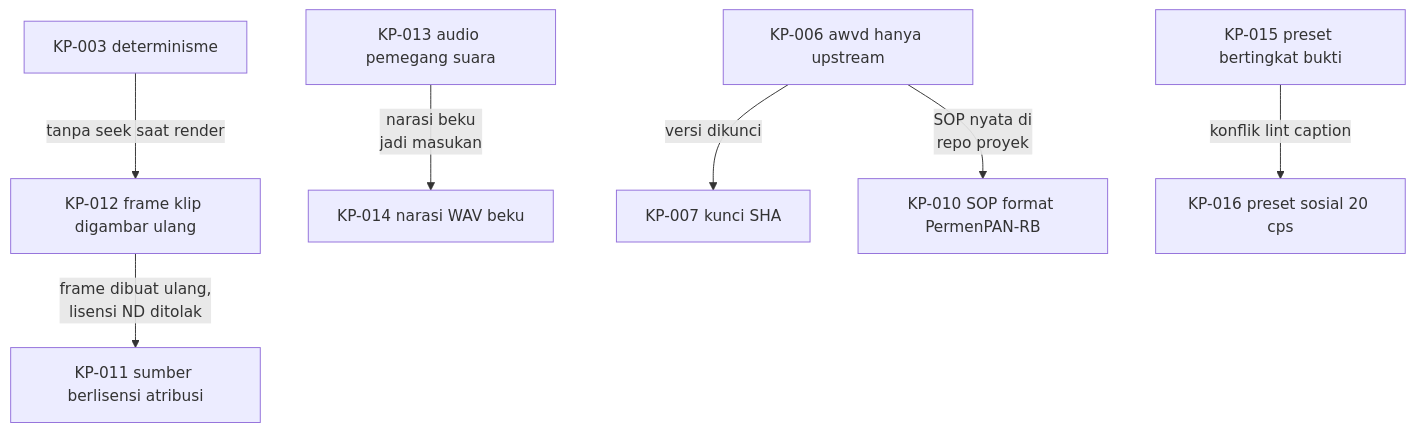
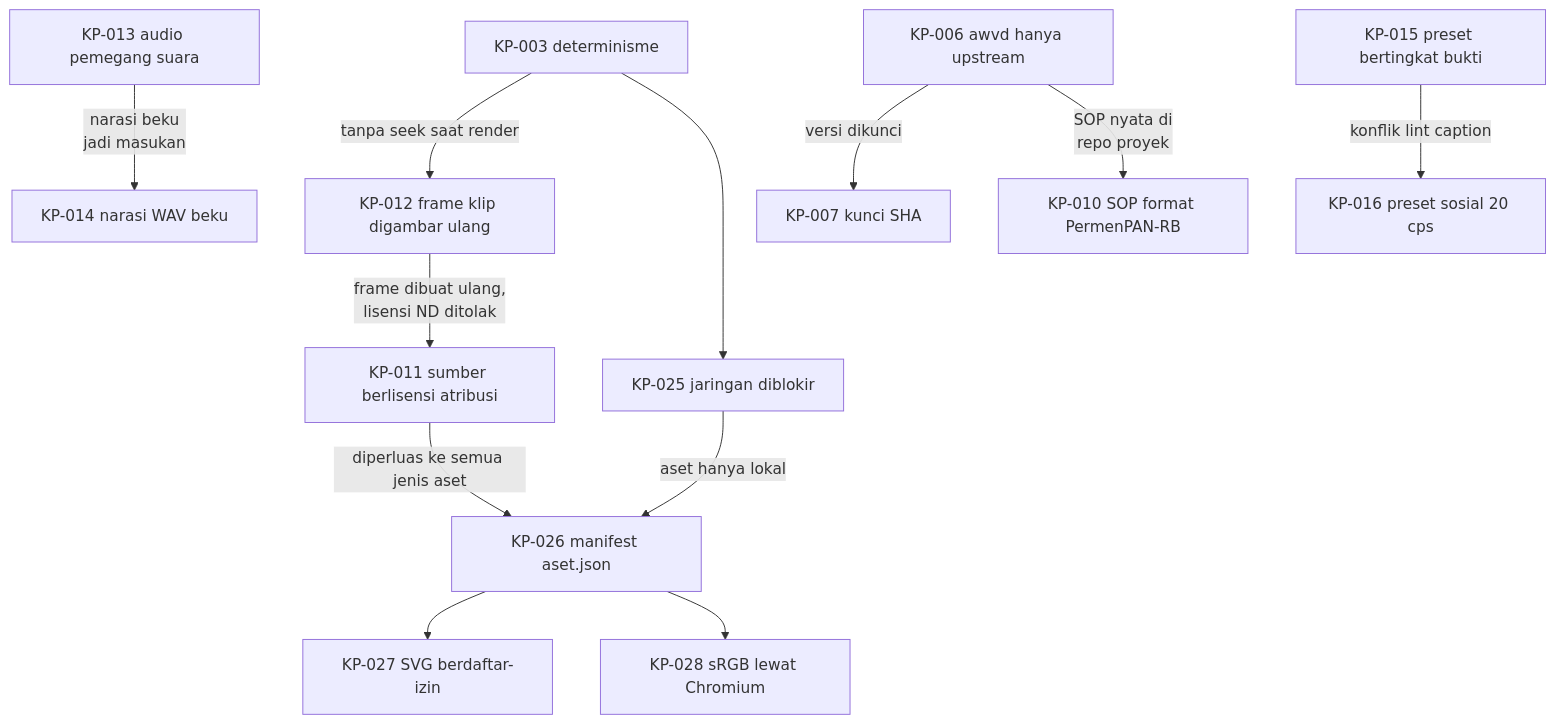
Before and after one commit to ahliweb/awvd: the diagram in docs/log-keputusan.md, drawn with Mermaid. The commit also changed other lines of this file and 22 other files, not shown here.

Commit message:
feat: blokir jaringan saat render, muat font eksplisit, dan CLI aset (validasi lisensi, SVG, resolusi, sRGB)

````diff
--- a/docs/log-keputusan.md
+++ b/docs/log-keputusan.md
@@ -13,9 +13,14 @@
 ```mermaid
 flowchart TD
     KP3[KP-003 determinisme] -->|tanpa seek saat render| KP12[KP-012 frame klip digambar ulang]
     KP12 -->|frame dibuat ulang,<br/>lisensi ND ditolak| KP11[KP-011 sumber berlisensi atribusi]
     KP13[KP-013 audio pemegang suara] -->|narasi beku<br/>jadi masukan| KP14[KP-014 narasi WAV beku]
     KP6[KP-006 awvd hanya upstream] -->|versi dikunci| KP7[KP-007 kunci SHA]
     KP6 -->|SOP nyata di<br/>repo proyek| KP10[KP-010 SOP format PermenPAN-RB]
+    KP11 -->|diperluas ke semua jenis aset| KP26[KP-026 manifest aset.json]
+    KP26 --> KP27[KP-027 SVG berdaftar-izin]
+    KP26 --> KP28[KP-028 sRGB lewat Chromium]
+    KP3 --> KP25[KP-025 jaringan diblokir]
+    KP25 -->|aset hanya lokal| KP26
     KP15[KP-015 preset bertingkat bukti] -->|konflik lint caption| KP16[KP-016 preset sosial 20 cps]
 ```
````
